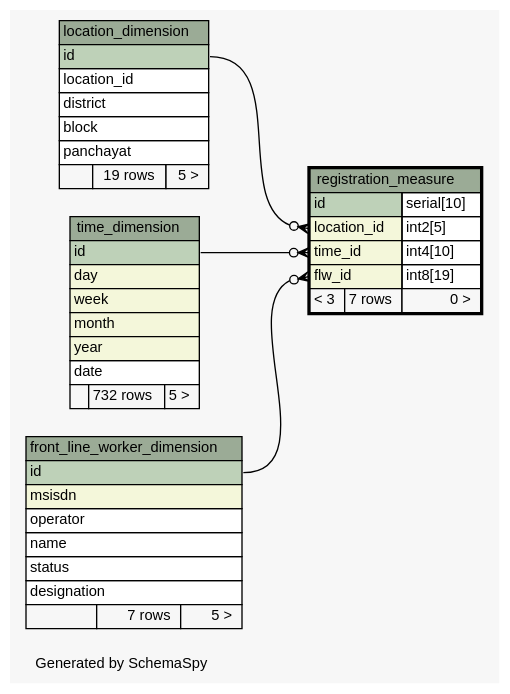
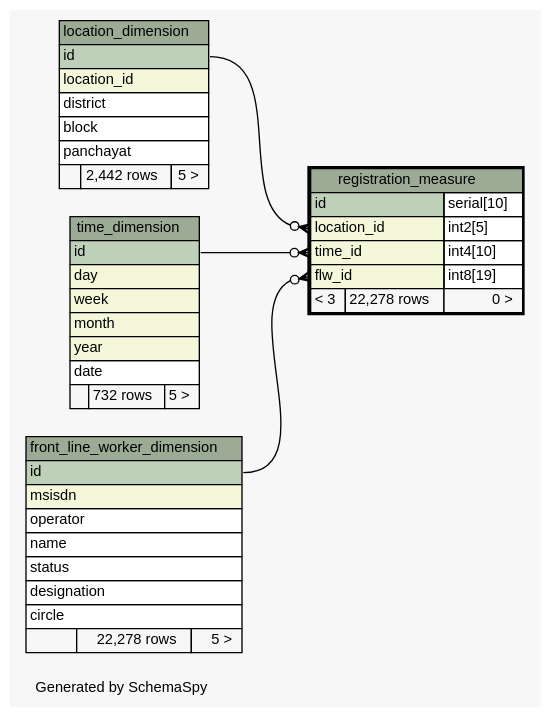
One commit to motech/ananya changed the diagram in ananya-report/build/schemaspy-output/diagrams/registration_measure.1degree.dot. Above: the diagram before and after it, drawn with Graphviz. The commit also changed 69 other files, not shown here.

```diff
--- a/ananya-report/build/schemaspy-output/diagrams/registration_measure.1degree.dot
+++ b/ananya-report/build/schemaspy-output/diagrams/registration_measure.1degree.dot
@@ -1,82 +1,83 @@
 // dot 2.26.3 on Linux 2.6.38-11-generic-pae
 // SchemaSpy rev 590
 digraph "oneDegreeRelationshipsDiagram" {
   graph [
     rankdir="RL"
     bgcolor="#f7f7f7"
     label="\nGenerated by SchemaSpy"
     labeljust="l"
     nodesep="0.18"
     ranksep="0.46"
     fontname="Helvetica"
     fontsize="11"
   ];
   node [
     fontname="Helvetica"
     fontsize="11"
     shape="plaintext"
   ];
   edge [
     arrowsize="0.8"
   ];
   "registration_measure":"flw_id":w -> "front_line_worker_dimension":"id":e [arrowhead=none dir=back arrowtail=crowodot];
   "registration_measure":"location_id":w -> "location_dimension":"id":e [arrowhead=none dir=back arrowtail=crowodot];
   "registration_measure":"time_id":w -> "time_dimension":"id":e [arrowhead=none dir=back arrowtail=crowodot];
   "front_line_worker_dimension" [
     label=<
     <TABLE BORDER="0" CELLBORDER="1" CELLSPACING="0" BGCOLOR="#ffffff">
       <TR><TD COLSPAN="3" BGCOLOR="#9bab96" ALIGN="CENTER">front_line_worker_dimension</TD></TR>
       <TR><TD PORT="id" COLSPAN="3" BGCOLOR="#bed1b8" ALIGN="LEFT">id</TD></TR>
       <TR><TD PORT="msisdn" COLSPAN="3" BGCOLOR="#f4f7da" ALIGN="LEFT">msisdn</TD></TR>
       <TR><TD PORT="operator" COLSPAN="3" ALIGN="LEFT">operator</TD></TR>
       <TR><TD PORT="name" COLSPAN="3" ALIGN="LEFT">name</TD></TR>
       <TR><TD PORT="status" COLSPAN="3" ALIGN="LEFT">status</TD></TR>
       <TR><TD PORT="designation" COLSPAN="3" ALIGN="LEFT">designation</TD></TR>
-      <TR><TD ALIGN="LEFT" BGCOLOR="#f7f7f7">  </TD><TD ALIGN="RIGHT" BGCOLOR="#f7f7f7">7 rows</TD><TD ALIGN="RIGHT" BGCOLOR="#f7f7f7">5 &gt;</TD></TR>
+      <TR><TD PORT="circle" COLSPAN="3" ALIGN="LEFT">circle</TD></TR>
+      <TR><TD ALIGN="LEFT" BGCOLOR="#f7f7f7">  </TD><TD ALIGN="RIGHT" BGCOLOR="#f7f7f7">22,278 rows</TD><TD ALIGN="RIGHT" BGCOLOR="#f7f7f7">5 &gt;</TD></TR>
     </TABLE>>
     URL="front_line_worker_dimension.html"
     tooltip="front_line_worker_dimension"
   ];
   "location_dimension" [
     label=<
     <TABLE BORDER="0" CELLBORDER="1" CELLSPACING="0" BGCOLOR="#ffffff">
       <TR><TD COLSPAN="3" BGCOLOR="#9bab96" ALIGN="CENTER">location_dimension</TD></TR>
       <TR><TD PORT="id" COLSPAN="3" BGCOLOR="#bed1b8" ALIGN="LEFT">id</TD></TR>
-      <TR><TD PORT="location_id" COLSPAN="3" ALIGN="LEFT">location_id</TD></TR>
+      <TR><TD PORT="location_id" COLSPAN="3" BGCOLOR="#f4f7da" ALIGN="LEFT">location_id</TD></TR>
       <TR><TD PORT="district" COLSPAN="3" ALIGN="LEFT">district</TD></TR>
       <TR><TD PORT="block" COLSPAN="3" ALIGN="LEFT">block</TD></TR>
       <TR><TD PORT="panchayat" COLSPAN="3" ALIGN="LEFT">panchayat</TD></TR>
-      <TR><TD ALIGN="LEFT" BGCOLOR="#f7f7f7">  </TD><TD ALIGN="RIGHT" BGCOLOR="#f7f7f7">19 rows</TD><TD ALIGN="RIGHT" BGCOLOR="#f7f7f7">5 &gt;</TD></TR>
+      <TR><TD ALIGN="LEFT" BGCOLOR="#f7f7f7">  </TD><TD ALIGN="RIGHT" BGCOLOR="#f7f7f7">2,442 rows</TD><TD ALIGN="RIGHT" BGCOLOR="#f7f7f7">5 &gt;</TD></TR>
     </TABLE>>
     URL="location_dimension.html"
     tooltip="location_dimension"
   ];
   "registration_measure" [
     label=<
     <TABLE BORDER="2" CELLBORDER="1" CELLSPACING="0" BGCOLOR="#ffffff">
       <TR><TD COLSPAN="3" BGCOLOR="#9bab96" ALIGN="CENTER">registration_measure</TD></TR>
       <TR><TD PORT="id" COLSPAN="2" BGCOLOR="#bed1b8" ALIGN="LEFT">id</TD><TD PORT="id.type" ALIGN="LEFT">serial[10]</TD></TR>
       <TR><TD PORT="location_id" COLSPAN="2" BGCOLOR="#f4f7da" ALIGN="LEFT">location_id</TD><TD PORT="location_id.type" ALIGN="LEFT">int2[5]</TD></TR>
       <TR><TD PORT="time_id" COLSPAN="2" BGCOLOR="#f4f7da" ALIGN="LEFT">time_id</TD><TD PORT="time_id.type" ALIGN="LEFT">int4[10]</TD></TR>
       <TR><TD PORT="flw_id" COLSPAN="2" BGCOLOR="#f4f7da" ALIGN="LEFT">flw_id</TD><TD PORT="flw_id.type" ALIGN="LEFT">int8[19]</TD></TR>
-      <TR><TD ALIGN="LEFT" BGCOLOR="#f7f7f7">&lt; 3</TD><TD ALIGN="RIGHT" BGCOLOR="#f7f7f7">7 rows</TD><TD ALIGN="RIGHT" BGCOLOR="#f7f7f7">0 &gt;</TD></TR>
+      <TR><TD ALIGN="LEFT" BGCOLOR="#f7f7f7">&lt; 3</TD><TD ALIGN="RIGHT" BGCOLOR="#f7f7f7">22,278 rows</TD><TD ALIGN="RIGHT" BGCOLOR="#f7f7f7">0 &gt;</TD></TR>
     </TABLE>>
     URL="registration_measure.html"
     tooltip="registration_measure"
   ];
   "time_dimension" [
     label=<
     <TABLE BORDER="0" CELLBORDER="1" CELLSPACING="0" BGCOLOR="#ffffff">
       <TR><TD COLSPAN="3" BGCOLOR="#9bab96" ALIGN="CENTER">time_dimension</TD></TR>
       <TR><TD PORT="id" COLSPAN="3" BGCOLOR="#bed1b8" ALIGN="LEFT">id</TD></TR>
       <TR><TD PORT="day" COLSPAN="3" BGCOLOR="#f4f7da" ALIGN="LEFT">day</TD></TR>
       <TR><TD PORT="week" COLSPAN="3" BGCOLOR="#f4f7da" ALIGN="LEFT">week</TD></TR>
       <TR><TD PORT="month" COLSPAN="3" BGCOLOR="#f4f7da" ALIGN="LEFT">month</TD></TR>
       <TR><TD PORT="year" COLSPAN="3" BGCOLOR="#f4f7da" ALIGN="LEFT">year</TD></TR>
       <TR><TD PORT="date" COLSPAN="3" ALIGN="LEFT">date</TD></TR>
       <TR><TD ALIGN="LEFT" BGCOLOR="#f7f7f7">  </TD><TD ALIGN="RIGHT" BGCOLOR="#f7f7f7">732 rows</TD><TD ALIGN="RIGHT" BGCOLOR="#f7f7f7">5 &gt;</TD></TR>
     </TABLE>>
     URL="time_dimension.html"
     tooltip="time_dimension"
   ];
 }
```
